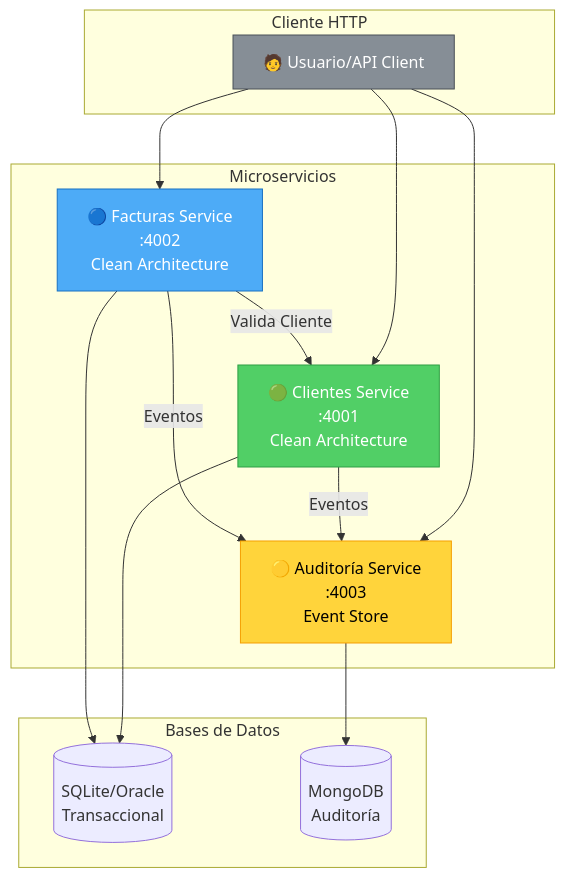
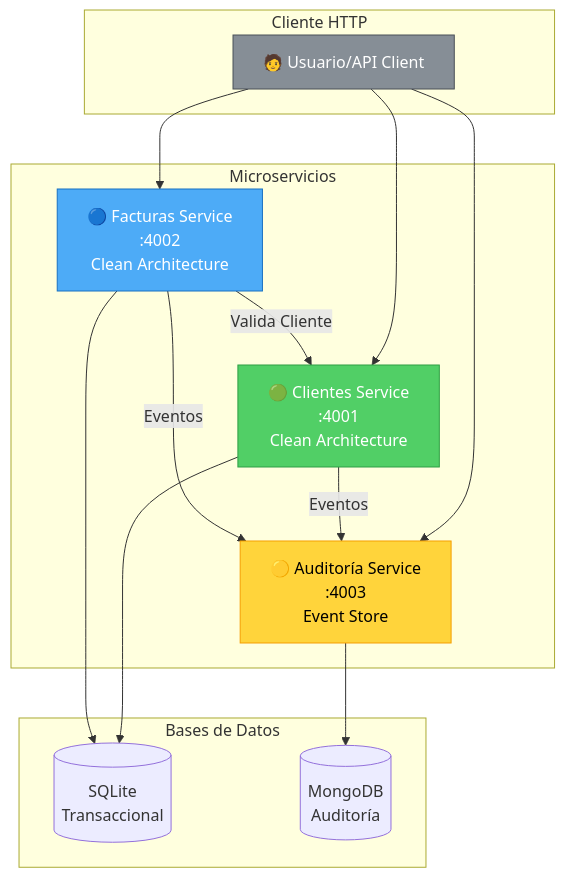
Before and after one commit to Asimpl3-Hero/RubyDoubleV: the first of 4 diagrams in docs/DIAGRAMAS.md, drawn with Mermaid. The commit also changed 6 other files, not shown here.

````diff
--- a/docs/DIAGRAMAS.md
+++ b/docs/DIAGRAMAS.md
@@ -18,34 +18,34 @@
 ```mermaid
 graph TB
     subgraph "Cliente HTTP"
         USER[🧑 Usuario/API Client]
     end
 
     subgraph "Microservicios"
         CS[🟢 Clientes Service<br/>:4001<br/>Clean Architecture]
         FS[🔵 Facturas Service<br/>:4002<br/>Clean Architecture]
         AS[🟡 Auditoría Service<br/>:4003<br/>Event Store]
     end
 
     subgraph "Bases de Datos"
-        SQL[(SQLite/Oracle<br/>Transaccional)]
+        SQL[(SQLite<br/>Transaccional)]
         MONGO[(MongoDB<br/>Auditoría)]
     end
 
     USER --> CS
     USER --> FS
     USER --> AS
 
     FS -->|Valida Cliente| CS
     CS -->|Eventos| AS
     FS -->|Eventos| AS
 
     CS --> SQL
     FS --> SQL
     AS --> MONGO
 
     style CS fill:#51cf66,stroke:#2f9e44,color:#fff
     style FS fill:#4dabf7,stroke:#1971c2,color:#fff
     style AS fill:#ffd43b,stroke:#f59f00,color:#000
     style USER fill:#868e96,stroke:#495057,color:#fff
 ```
````
